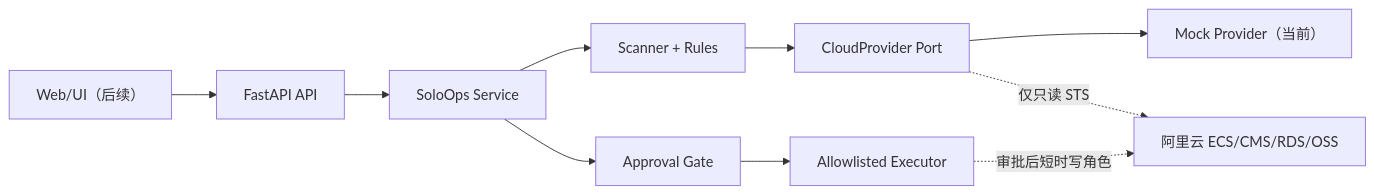
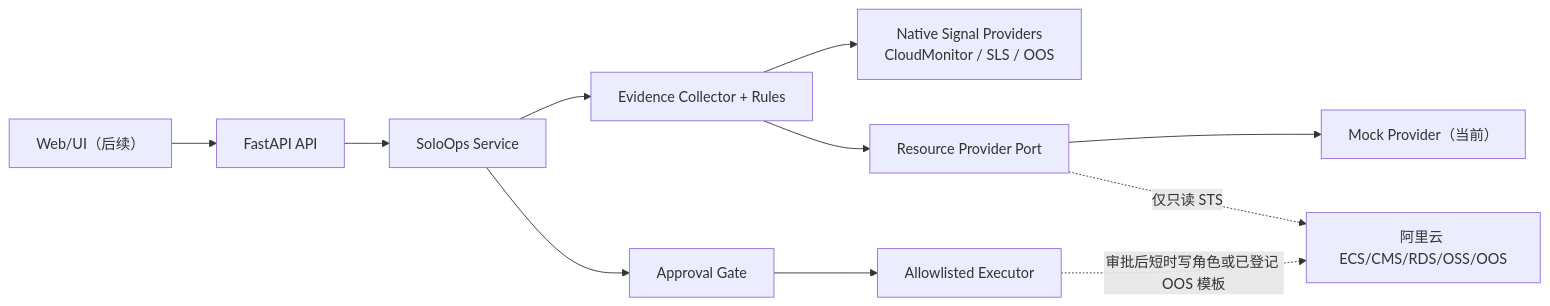
The diagram in docs/architecture.md (ChrisXiejq/SoloOps), drawn with Mermaid before and after one commit. The commit also changed other lines of this file and 28 other files, not shown here.

````diff
--- a/docs/architecture.md
+++ b/docs/architecture.md
@@ -5,12 +5,13 @@
 ```mermaid
 flowchart LR
   UI["Web/UI（后续）"] --> API["FastAPI API"]
   API --> S["SoloOps Service"]
-  S --> SC["Scanner + Rules"]
-  SC --> P["CloudProvider Port"]
+  S --> SC["Evidence Collector + Rules"]
+  SC --> SIG["Native Signal Providers\nCloudMonitor / SLS / OOS"]
+  SC --> P["Resource Provider Port"]
   P --> M["Mock Provider（当前）"]
-  P -. 仅只读 STS .-> ALI["阿里云 ECS/CMS/RDS/OSS"]
+  P -. 仅只读 STS .-> ALI["阿里云 ECS/CMS/RDS/OSS/OOS"]
   S --> AP["Approval Gate"]
   AP --> EX["Allowlisted Executor"]
-  EX -. 审批后短时写角色 .-> ALI
+  EX -. 审批后短时写角色或已登记 OOS 模板 .-> ALI
 ```
````
